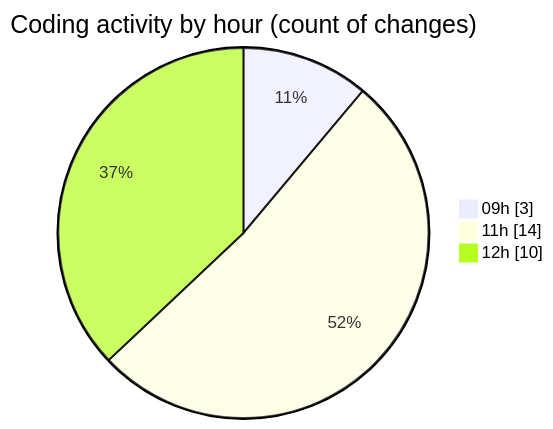
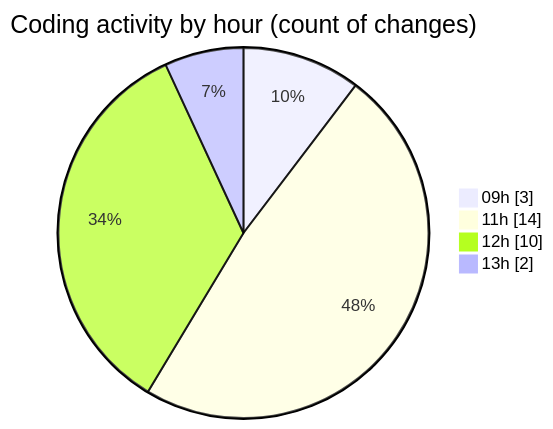
Before and after one commit to momahboobian/code-tracking: the second of 2 diagrams in 2026-05-14/cda/README.md, drawn with Mermaid. The commit also changed other lines of this file and 1 other file, not shown here.

````diff
--- a/2026-05-14/cda/README.md
+++ b/2026-05-14/cda/README.md
@@ -38,7 +39,8 @@
 ```mermaid
 pie showData
 title Coding activity by hour (count of changes)
 "09h" : 3
 "11h" : 14
 "12h" : 10
+"13h" : 2
 ```
````
